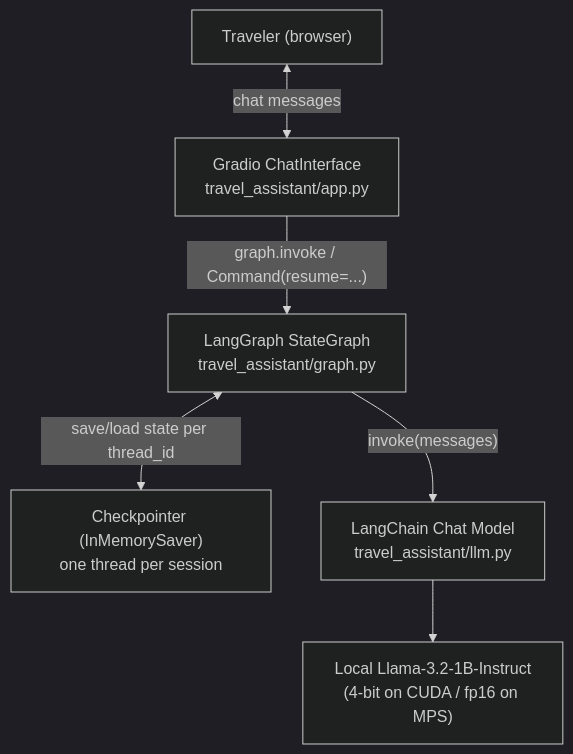
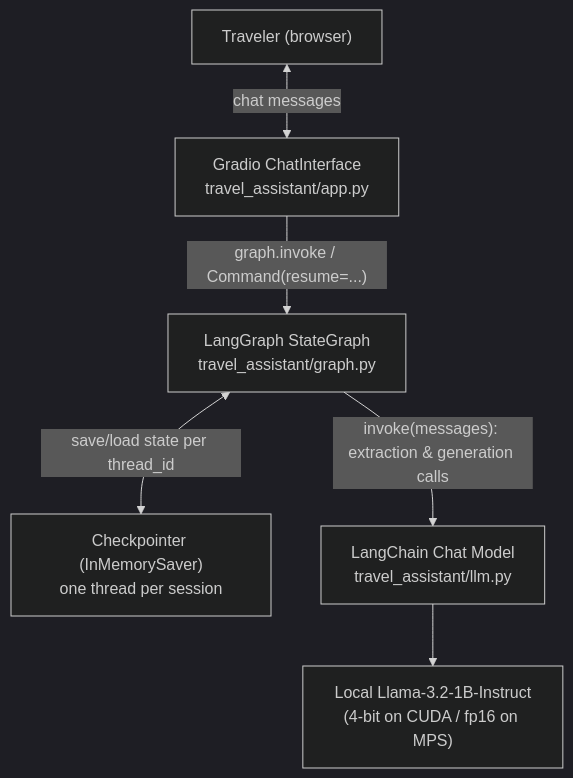
One commit to pxu/msai_631_travel_planning_assistant changed the first of 4 diagrams in docs/design_document.md. Above: the diagram before and after it, drawn with Mermaid (dark theme). The commit also changed other lines of this file and 8 other files, not shown here.

````diff
--- a/docs/design_document.md
+++ b/docs/design_document.md
@@ -18,15 +22,15 @@
 ```mermaid
 graph TD
     User["Traveler (browser)"]
     UI["Gradio ChatInterface<br/>travel_assistant/app.py"]
     Graph["LangGraph StateGraph<br/>travel_assistant/graph.py"]
     Checkpointer["Checkpointer (InMemorySaver)<br/>one thread per session"]
     LLM["LangChain Chat Model<br/>travel_assistant/llm.py"]
     Model["Local Llama-3.2-1B-Instruct<br/>(4-bit on CUDA / fp16 on MPS)"]
 
     User <-->|"chat messages"| UI
     UI -->|"graph.invoke / Command(resume=...)"| Graph
     Graph <-->|"save/load state per thread_id"| Checkpointer
-    Graph -->|"invoke(messages)"| LLM
+    Graph -->|"invoke(messages): extraction & generation calls"| LLM
     LLM --> Model
 ```
````
